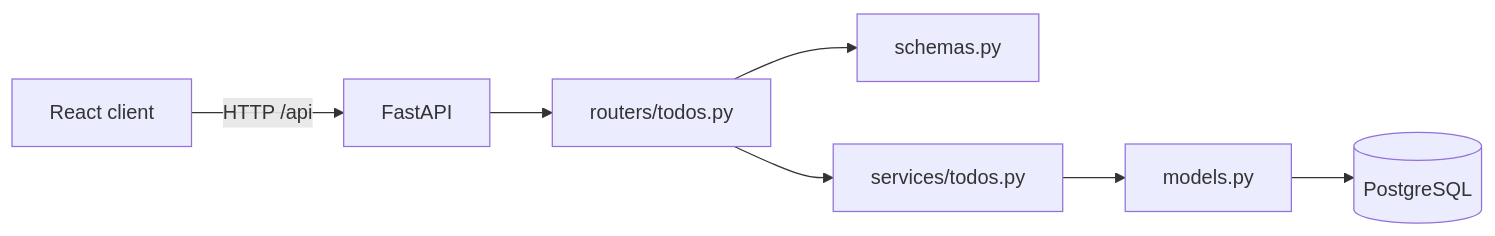
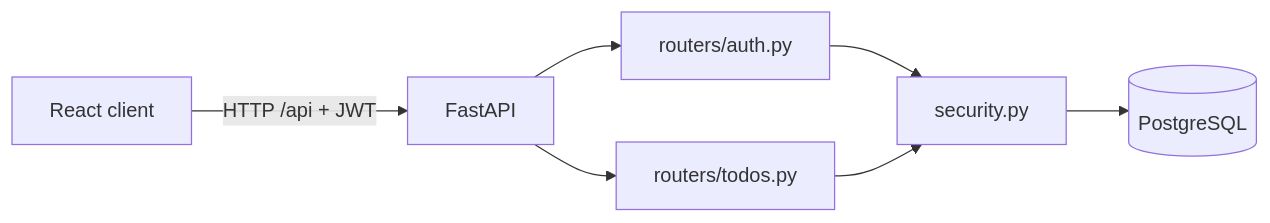
The first of 2 diagrams in README.md (MrSriJay/python-todo-api), drawn with Mermaid before and after one commit. The commit also changed other lines of this file and 37 other files, not shown here.

````diff
--- a/README.md
+++ b/README.md
@@ -37,9 +50,9 @@
 ```mermaid
 flowchart LR
-  UI["React client"] -->|"HTTP /api"| API["FastAPI"]
-  API --> Router["routers/todos.py"]
-  Router --> Schemas["schemas.py"]
-  Router --> Service["services/todos.py"]
-  Service --> Model["models.py"]
-  Model --> DB[("PostgreSQL")]
+  UI["React client"] -->|"HTTP /api + JWT"| API["FastAPI"]
+  API --> Auth["routers/auth.py"]
+  API --> Todos["routers/todos.py"]
+  Auth --> Security["security.py"]
+  Todos --> Security
+  Security --> DB[("PostgreSQL")]
 ```
````
